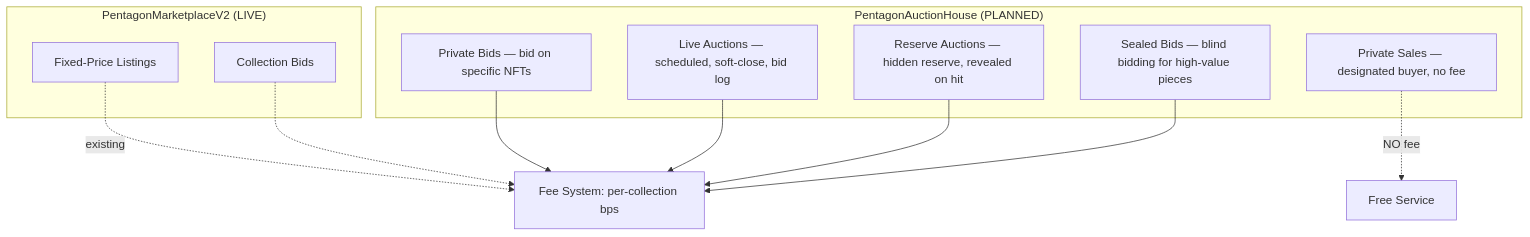
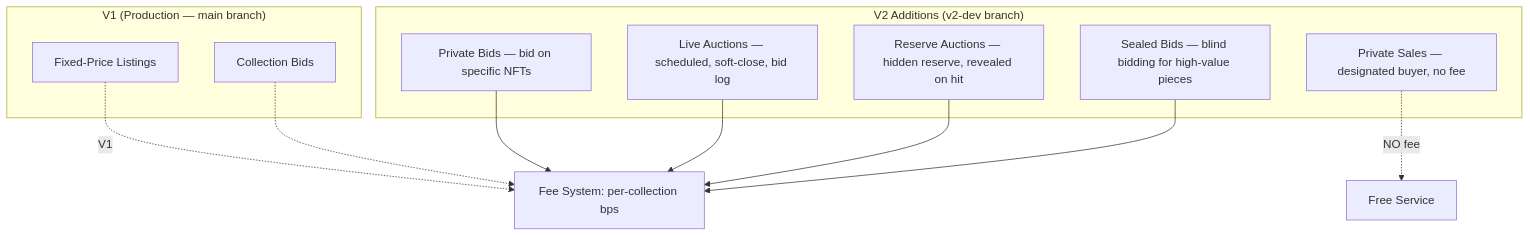
The fifth of 10 diagrams in README.md (blockchainsuperheroes/marketplace-v2-contract), drawn with Mermaid before and after one commit. The commit also changed other lines of this file, not shown here.

Commit message:
docs: rename to V1 (production) / V2 (development), add merge policy for V2 devs

````diff
--- a/README.md
+++ b/README.md
@@ -263,23 +279,23 @@
 ```mermaid
 flowchart TD
-    subgraph "PentagonMarketplaceV2 (LIVE)"
+    subgraph "V1 (Production — main branch)"
         L[Fixed-Price Listings]
         CB[Collection Bids]
     end
 
-    subgraph "PentagonAuctionHouse (PLANNED)"
+    subgraph "V2 Additions (v2-dev branch)"
         PB[Private Bids — bid on specific NFTs]
         PS[Private Sales — designated buyer, no fee]
         LA[Live Auctions — scheduled, soft-close, bid log]
         RA[Reserve Auctions — hidden reserve, revealed on hit]
         SB[Sealed Bids — blind bidding for high-value pieces]
     end
 
-    L -.-> |"existing"| FEE[Fee System: per-collection bps]
+    L -.-> |"V1"| FEE[Fee System: per-collection bps]
     CB -.-> FEE
     PB --> FEE
     LA --> FEE
     RA --> FEE
     SB --> FEE
     PS -.-> |"NO fee"| FREE[Free Service]
 ```
````
